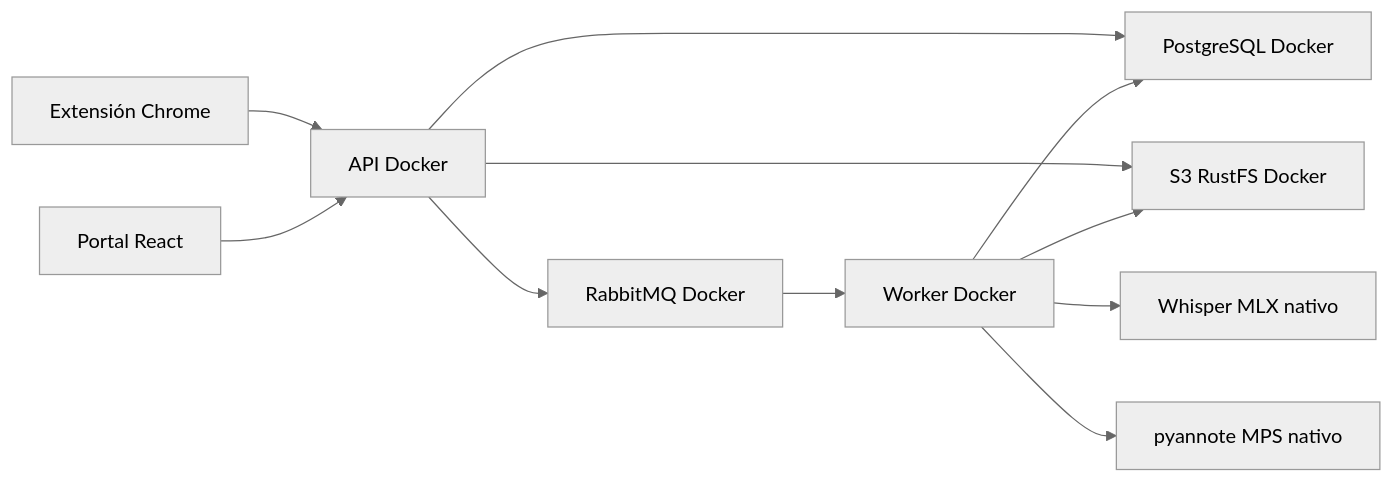
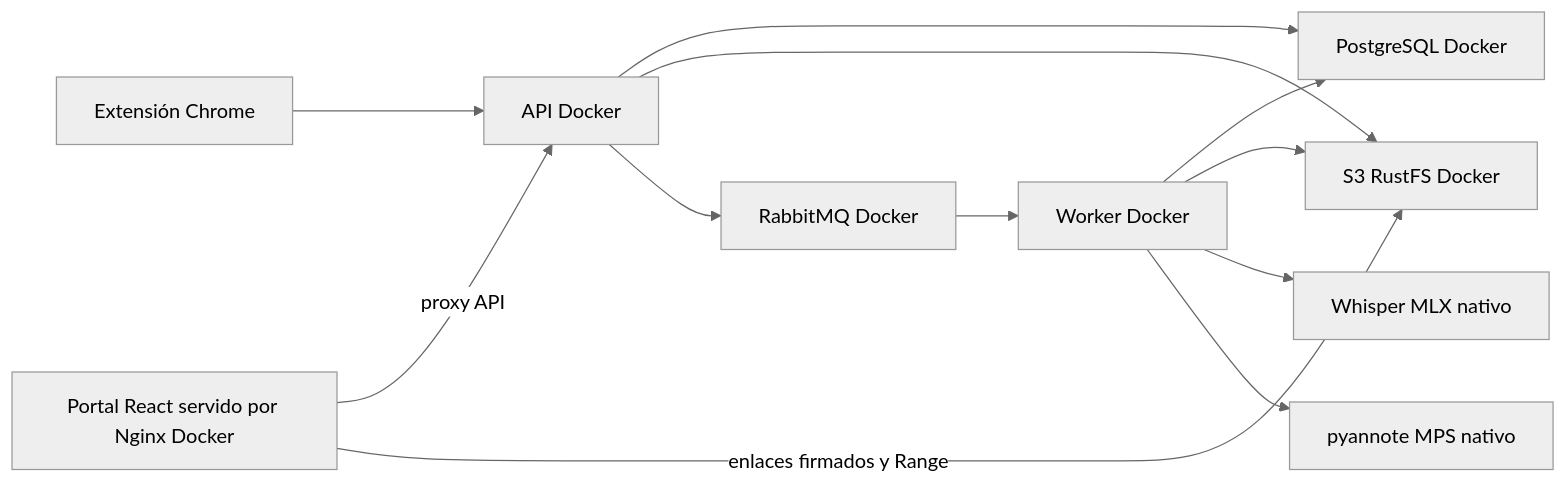
Before and after one commit to lufermalgo/sauri: the diagram in docs/ARCHITECTURE.md, drawn with Mermaid (neutral theme). The commit also changed other lines of this file and 6 other files, not shown here.

````diff
--- a/docs/ARCHITECTURE.md
+++ b/docs/ARCHITECTURE.md
@@ -27,13 +27,14 @@
 ```mermaid
 graph LR
   E[Extensión Chrome] --> A[API Docker]
-  P[Portal React] --> A
+  P[Portal React servido por Nginx Docker] -->|proxy API| A
+  P -->|enlaces firmados y Range| S
   A --> D[PostgreSQL Docker]
   A --> S[S3 RustFS Docker]
   A --> Q[RabbitMQ Docker]
   Q --> W[Worker Docker]
   W --> D
   W --> S
   W --> T[Whisper MLX nativo]
   W --> H[pyannote MPS nativo]
 ```
````
